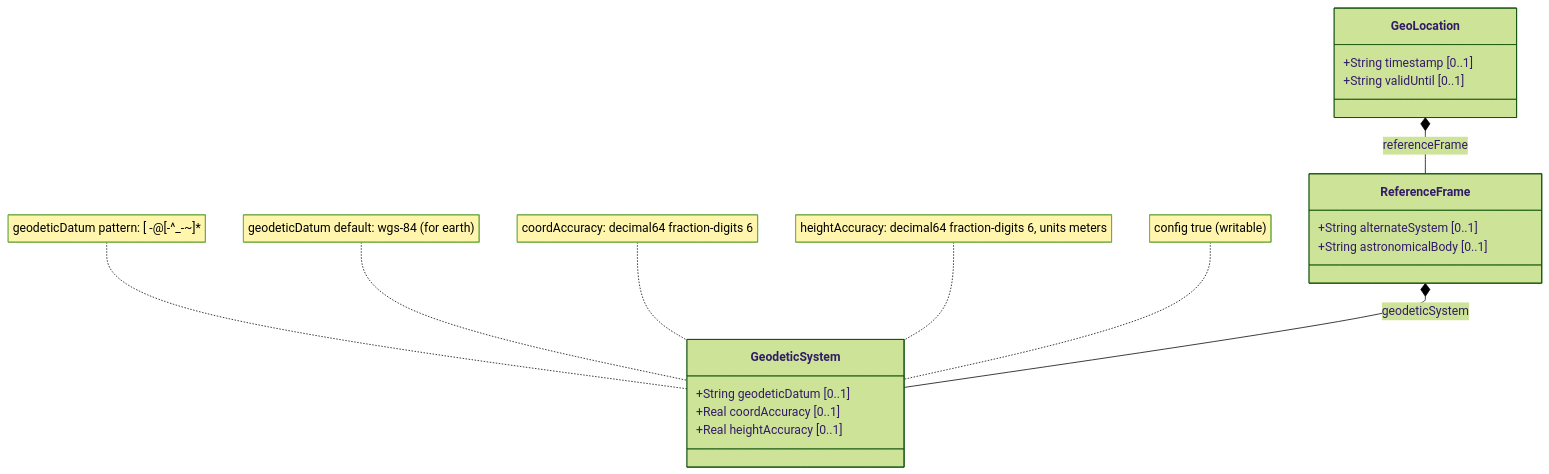
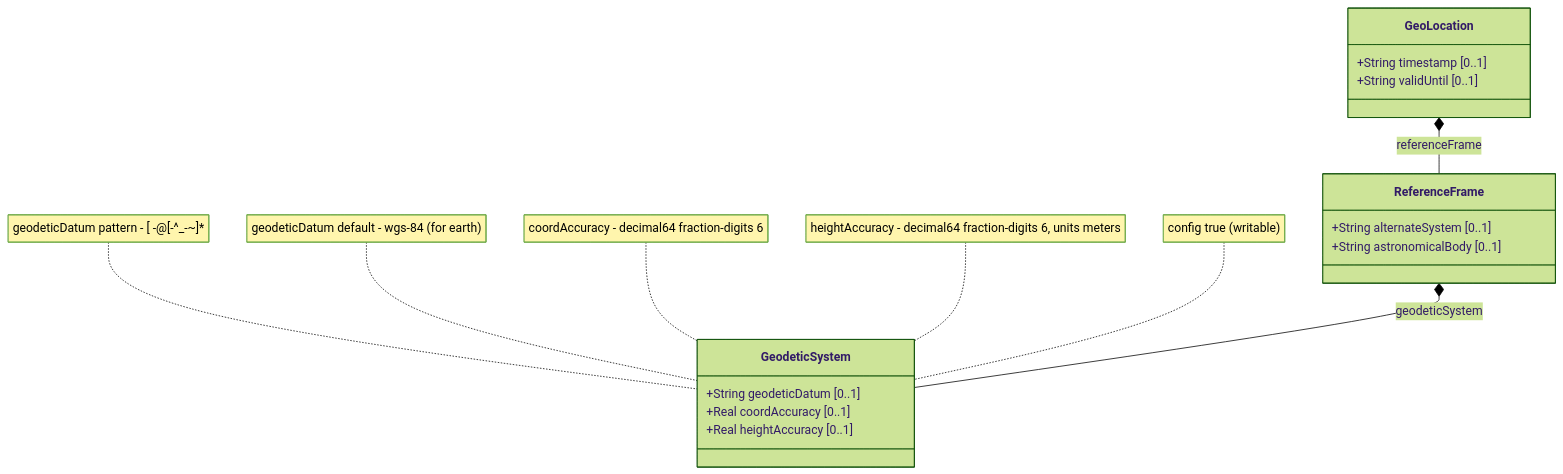
Before and after one commit to gintatkinson/3dgs-030: the diagram in docs/features/feat-08-geodetic-system.md, drawn with Mermaid (forest theme). The commit also changed 12 other files, not shown here.

Commit message:
fix: remove colons from Mermaid note strings and <<case>> from relationship edges across all features, epics, and use cases

````diff
--- a/docs/features/feat-08-geodetic-system.md
+++ b/docs/features/feat-08-geodetic-system.md
@@ -25,23 +25,23 @@
 ```mermaid
 classDiagram
     class GeoLocation {
         +String timestamp [0..1]
         +String validUntil [0..1]
     }
     class ReferenceFrame {
         +String alternateSystem [0..1]
         +String astronomicalBody [0..1]
     }
     class GeodeticSystem {
         +String geodeticDatum [0..1]
         +Real coordAccuracy [0..1]
         +Real heightAccuracy [0..1]
     }
     GeoLocation *-- ReferenceFrame : referenceFrame
     ReferenceFrame *-- GeodeticSystem : geodeticSystem
-    note for GeodeticSystem "geodeticDatum pattern: [ -@[-^_-~]*"
-    note for GeodeticSystem "geodeticDatum default: wgs-84 (for earth)"
-    note for GeodeticSystem "coordAccuracy: decimal64 fraction-digits 6"
-    note for GeodeticSystem "heightAccuracy: decimal64 fraction-digits 6, units meters"
+    note for GeodeticSystem "geodeticDatum pattern - [ -@[-^_-~]*"
+    note for GeodeticSystem "geodeticDatum default - wgs-84 (for earth)"
+    note for GeodeticSystem "coordAccuracy - decimal64 fraction-digits 6"
+    note for GeodeticSystem "heightAccuracy - decimal64 fraction-digits 6, units meters"
     note for GeodeticSystem "config true (writable)"
 ```
````
